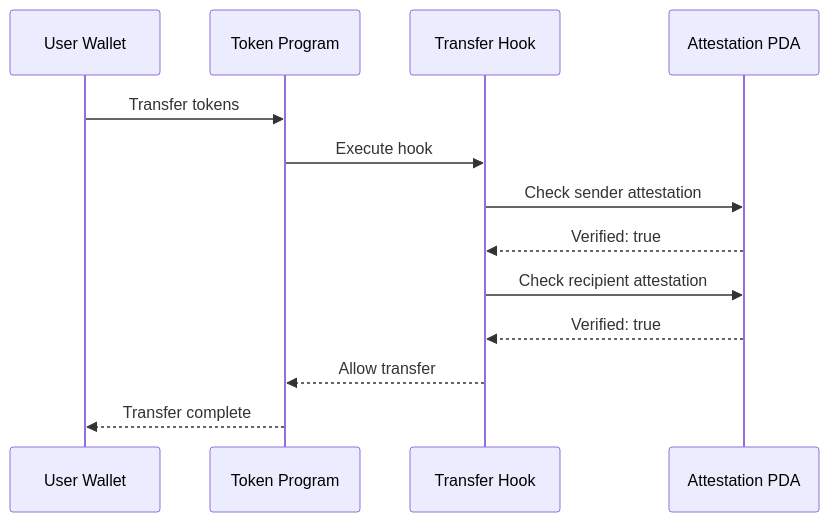
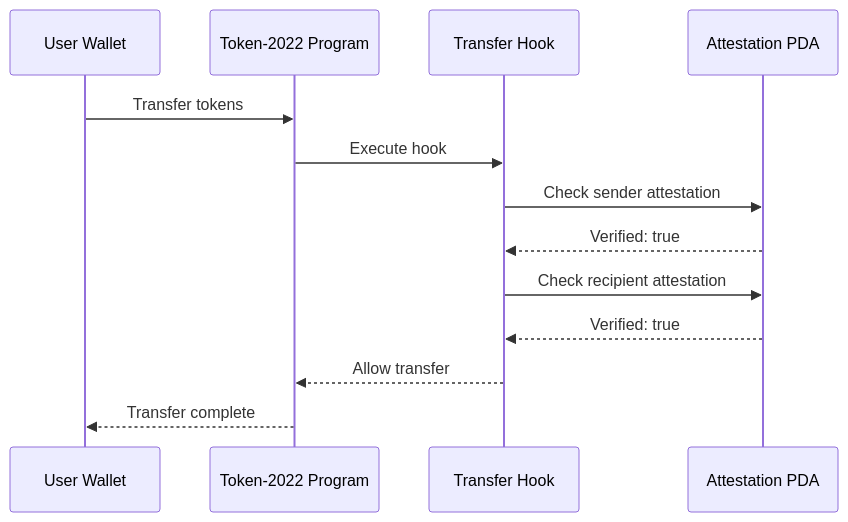
One commit to SignumIdentity/mintlify-docs changed the third of 4 diagrams in chains/solana.mdx. Above: the diagram before and after it, drawn with Mermaid. The commit also changed other lines of this file and 12 other files, not shown here.

````diff
--- a/chains/solana.mdx
+++ b/chains/solana.mdx
@@ -88,16 +130,16 @@
 ```mermaid
 sequenceDiagram
     participant User as User Wallet
-    participant Token as Token Program
+    participant Token as Token-2022 Program
     participant Hook as Transfer Hook
     participant Registry as Attestation PDA
 
     User->>Token: Transfer tokens
     Token->>Hook: Execute hook
     Hook->>Registry: Check sender attestation
     Registry-->>Hook: Verified: true
     Hook->>Registry: Check recipient attestation
     Registry-->>Hook: Verified: true
     Hook-->>Token: Allow transfer
     Token-->>User: Transfer complete
 ```
````
